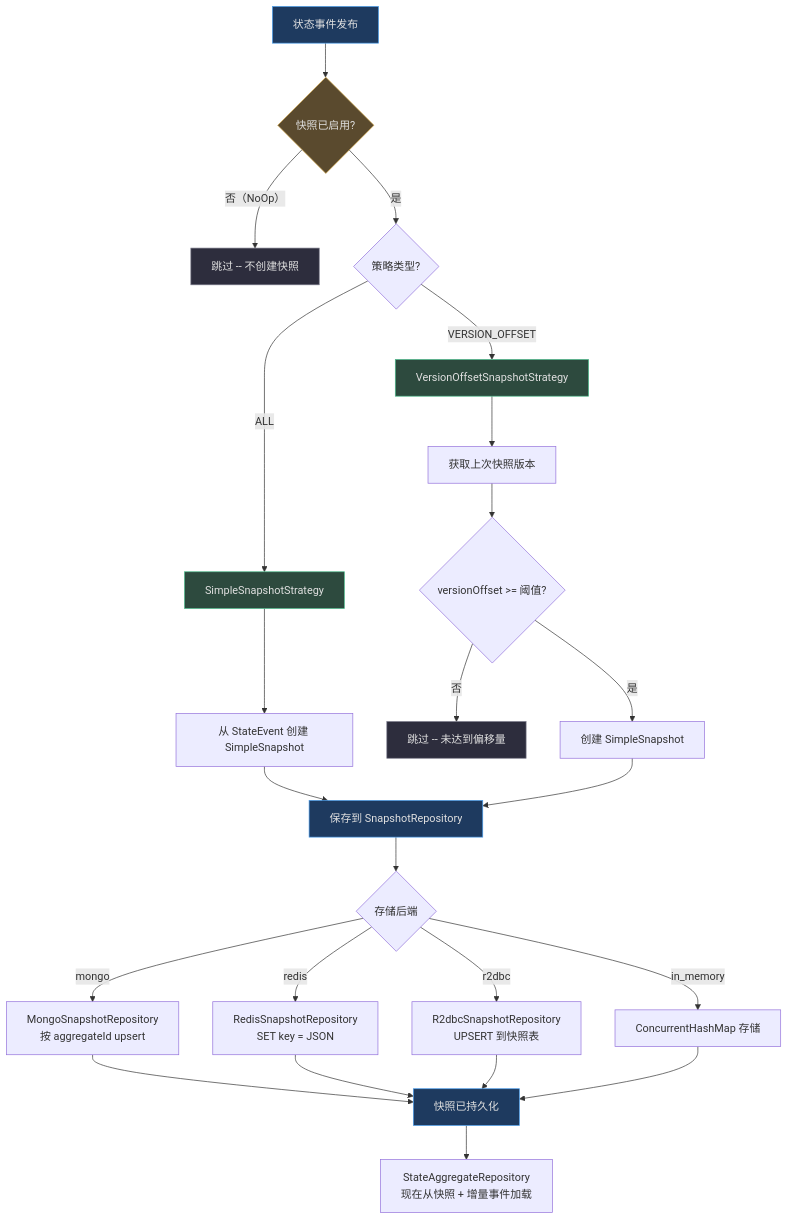
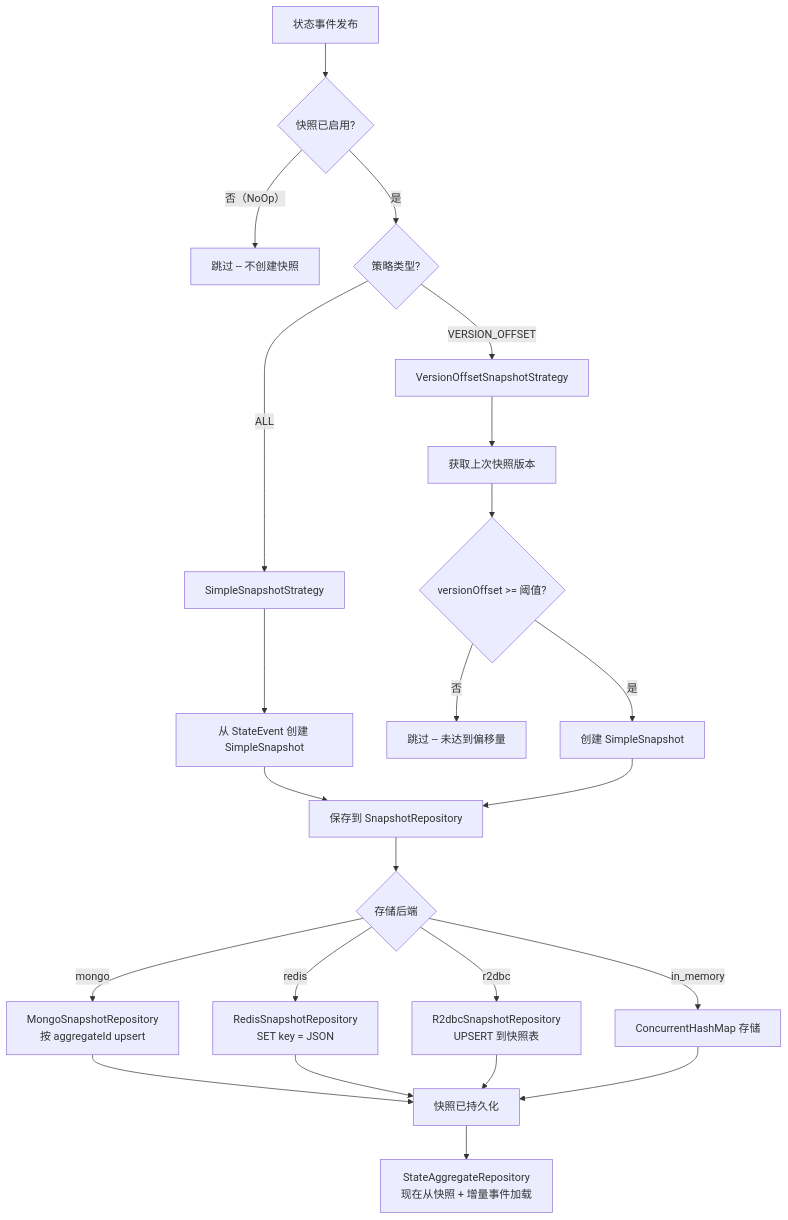
The fourth of 5 diagrams in documentation/docs/zh/deep-dive/data/event-store.md (Ahoo-Wang/Wow), drawn with Mermaid before and after one commit. The commit also changed other lines of this file and 32 other files, not shown here.

Commit message:
docs: remove unsupported style/classDef directives from stateDiagram-v2 Mermaid blocks

````diff
--- a/documentation/docs/zh/deep-dive/data/event-store.md
+++ b/documentation/docs/zh/deep-dive/data/event-store.md
@@ -269,40 +269,32 @@
 ```mermaid
 flowchart TB
     A[状态事件发布] --> B{快照已启用?}
     B -->|否（NoOp）| C[跳过 -- 不创建快照]
     B -->|是| D{策略类型?}
 
     D -->|ALL| E[SimpleSnapshotStrategy]
     D -->|VERSION_OFFSET| F[VersionOffsetSnapshotStrategy]
 
     E --> G[从 StateEvent 创建 SimpleSnapshot]
     G --> H[保存到 SnapshotRepository]
 
     F --> I[获取上次快照版本]
     I --> J{versionOffset >= 阈值?}
     J -->|否| K[跳过 -- 未达到偏移量]
     J -->|是| L[创建 SimpleSnapshot]
     L --> H
 
     H --> M{存储后端}
     M -->|mongo| N[MongoSnapshotRepository<br>按 aggregateId upsert]
     M -->|redis| O[RedisSnapshotRepository<br>SET key = JSON]
     M -->|r2dbc| P[R2dbcSnapshotRepository<br>UPSERT 到快照表]
     M -->|in_memory| Q[ConcurrentHashMap 存储]
 
     N --> R[快照已持久化]
     O --> R
     P --> R
     Q --> R
 
     R --> S[StateAggregateRepository<br>现在从快照 + 增量事件加载]
 
-    style A fill:#1e3a5f,stroke:#4a9eed,color:#e0e0e0
-    style B fill:#5a4a2e,stroke:#d4a84b,color:#e0e0e0
-    style E fill:#2d4a3e,stroke:#4aba8a,color:#e0e0e0
-    style F fill:#2d4a3e,stroke:#4aba8a,color:#e0e0e0
-    style H fill:#1e3a5f,stroke:#4a9eed,color:#e0e0e0
-    style R fill:#1e3a5f,stroke:#4a9eed,color:#e0e0e0
-    style C fill:#2d2d3d,stroke:#7a7a8a,color:#e0e0e0
-    style K fill:#2d2d3d,stroke:#7a7a8a,color:#e0e0e0
 ```
````
